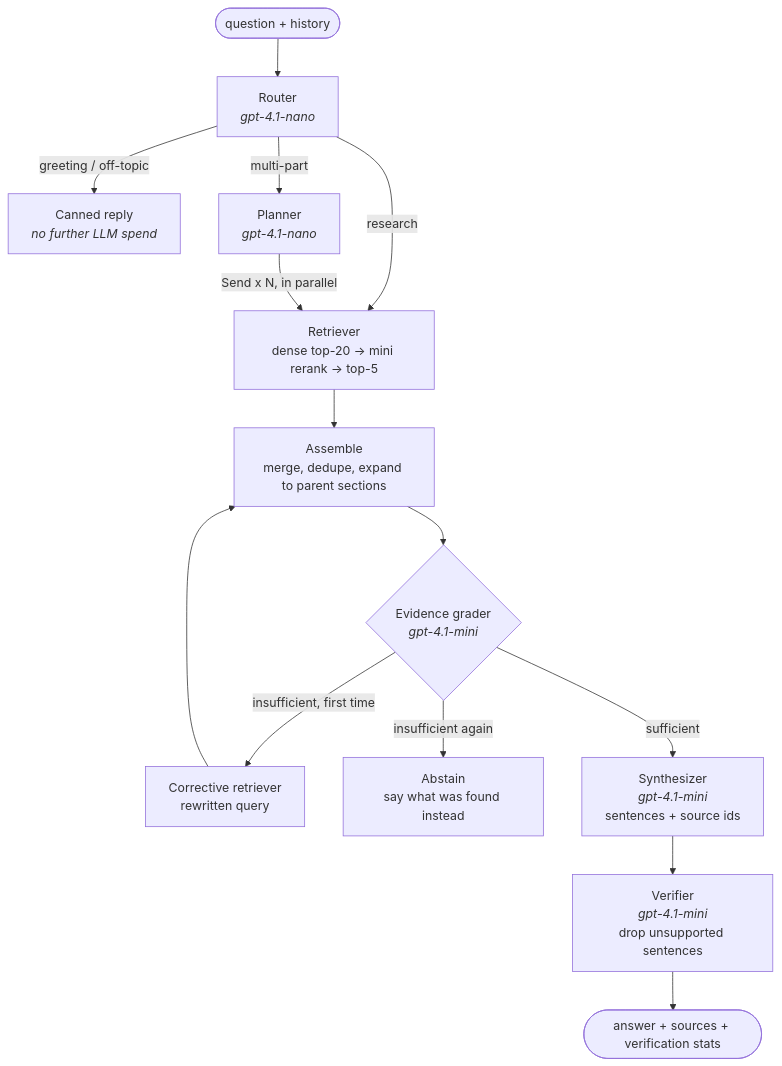
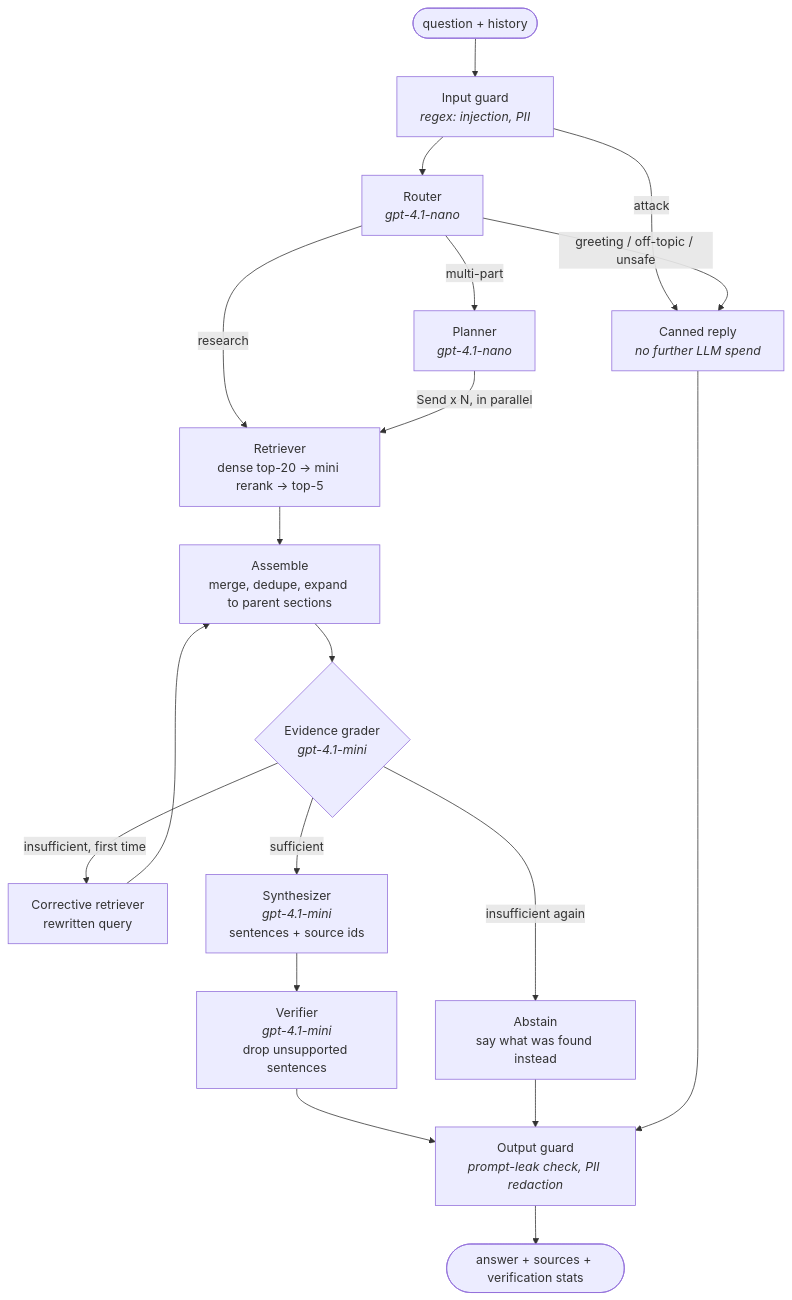
The diagram in docs/agents.md (phani1362/ai-document-assistant), drawn with Mermaid before and after one commit. The commit also changed other lines of this file and 12 other files, not shown here.

````diff
--- a/docs/agents.md
+++ b/docs/agents.md
@@ -8,15 +8,20 @@
 ```mermaid
 flowchart TD
-    Q([question + history]) --> R[Router<br/><i>gpt-4.1-nano</i>]
-    R -->|greeting / off-topic| C[Canned reply<br/><i>no further LLM spend</i>]
+    Q([question + history]) --> IG[Input guard<br/><i>regex: injection, PII</i>]
+    IG -->|attack| C
+    IG --> R[Router<br/><i>gpt-4.1-nano</i>]
+    R -->|greeting / off-topic / unsafe| C[Canned reply<br/><i>no further LLM spend</i>]
     R -->|multi-part| P[Planner<br/><i>gpt-4.1-nano</i>]
     R -->|research| S1
     P -->|Send x N, in parallel| S1[Retriever<br/>dense top-20 -> mini rerank -> top-5]
     S1 --> A[Assemble<br/>merge, dedupe, expand to parent sections]
     A --> G{Evidence grader<br/><i>gpt-4.1-mini</i>}
     G -->|insufficient, first time| S2[Corrective retriever<br/>rewritten query] --> A
     G -->|insufficient again| X[Abstain<br/>say what was found instead]
     G -->|sufficient| Y[Synthesizer<br/><i>gpt-4.1-mini</i><br/>sentences + source ids]
     Y --> V[Verifier<br/><i>gpt-4.1-mini</i><br/>drop unsupported sentences]
-    V --> F([answer + sources + verification stats])
+    V --> OG[Output guard<br/><i>prompt-leak check, PII redaction</i>]
+    X --> OG
+    C --> OG
+    OG --> F([answer + sources + verification stats])
 ```
````
